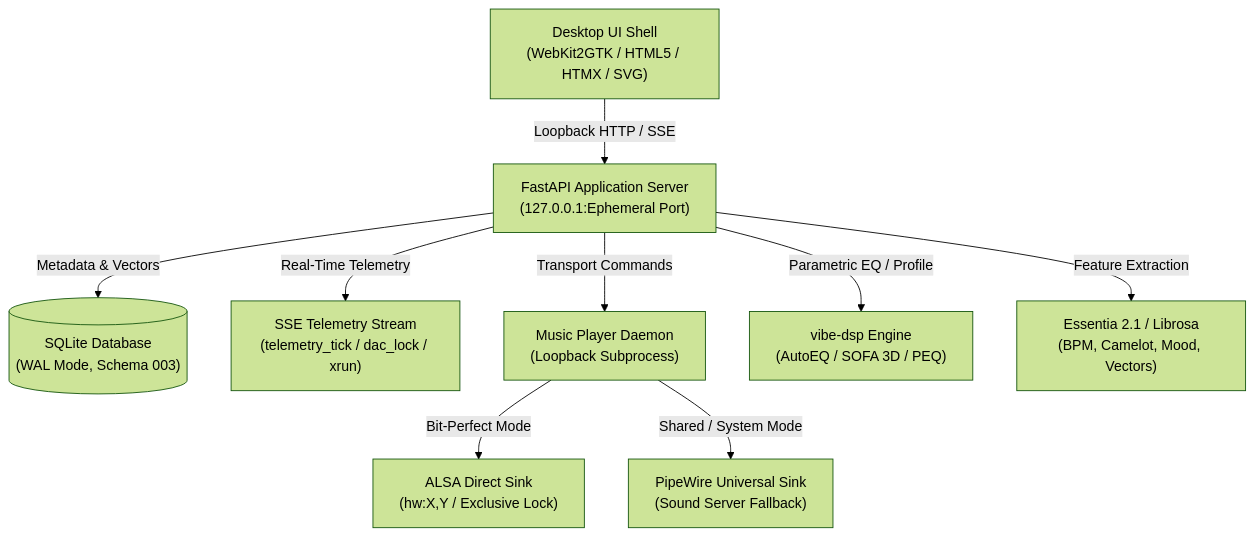
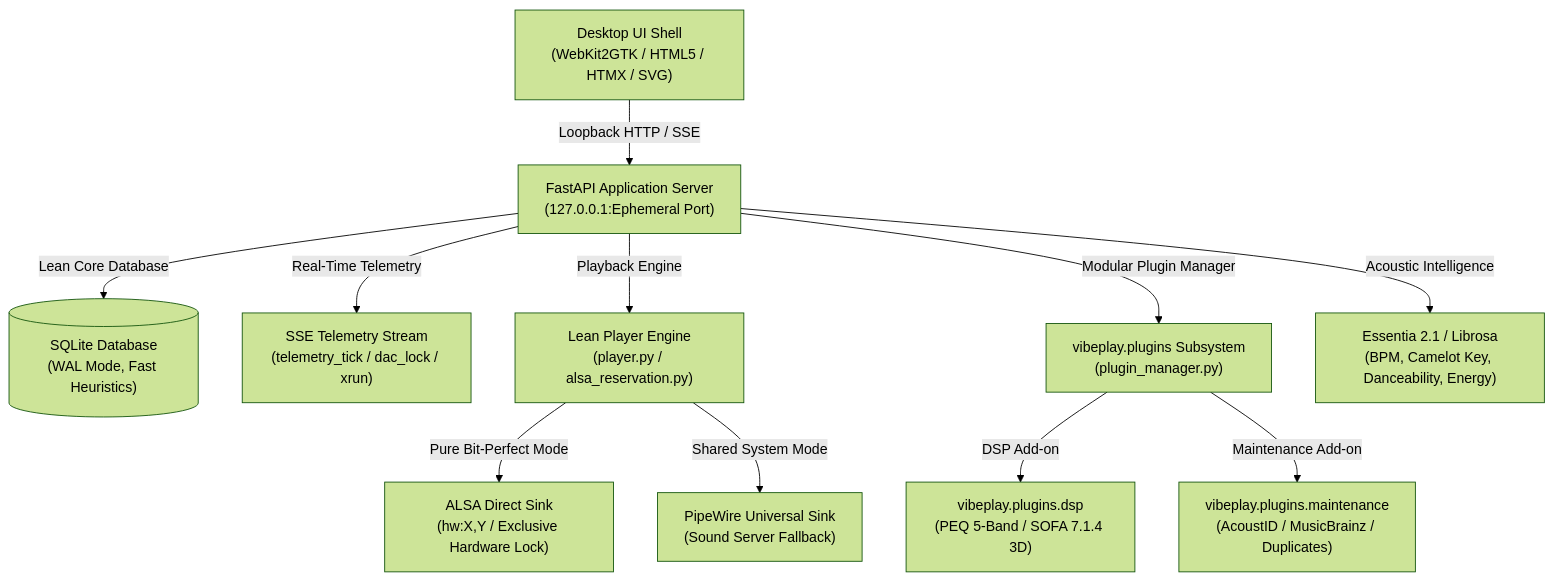
The diagram in README.md (defiqantcoder/vibeplay), drawn with Mermaid (forest theme) before and after one commit. The commit also changed other lines of this file and 2 other files, not shown here.

Commit message:
docs: update README with v0.2.0 Lo-Fi Lounge, add-on subsystem, and installation guides

````diff
--- a/README.md
+++ b/README.md
@@ -123,11 +173,13 @@
 ```mermaid
 graph TD
     UI["Desktop UI Shell<br/>(WebKit2GTK / HTML5 / HTMX / SVG)"] -->|Loopback HTTP / SSE| API["FastAPI Application Server<br/>(127.0.0.1:Ephemeral Port)"]
-    API -->|Metadata & Vectors| DB[("SQLite Database<br/>(WAL Mode, Schema 003)")]
+    API -->|Lean Core Database| DB[("SQLite Database<br/>(WAL Mode, Fast Heuristics)")]
     API -->|Real-Time Telemetry| SSE["SSE Telemetry Stream<br/>(telemetry_tick / dac_lock / xrun)"]
-    API -->|Transport Commands| MPD["Music Player Daemon<br/>(Loopback Subprocess)"]
-    MPD -->|Bit-Perfect Mode| ALSA["ALSA Direct Sink<br/>(hw:X,Y / Exclusive Lock)"]
-    MPD -->|Shared / System Mode| PW["PipeWire Universal Sink<br/>(Sound Server Fallback)"]
-    API -->|Parametric EQ / Profile| DSP["vibe-dsp Engine<br/>(AutoEQ / SOFA 3D / PEQ)"]
-    API -->|Feature Extraction| ESS["Essentia 2.1 / Librosa<br/>(BPM, Camelot, Mood, Vectors)"]
+    API -->|Playback Engine| PLY["Lean Player Engine<br/>(player.py / alsa_reservation.py)"]
+    PLY -->|Pure Bit-Perfect Mode| ALSA["ALSA Direct Sink<br/>(hw:X,Y / Exclusive Hardware Lock)"]
+    PLY -->|Shared System Mode| PW["PipeWire Universal Sink<br/>(Sound Server Fallback)"]
+    API -->|Modular Plugin Manager| PLUG["vibeplay.plugins Subsystem<br/>(plugin_manager.py)"]
+    PLUG -->|DSP Add-on| DSP["vibeplay.plugins.dsp<br/>(PEQ 5-Band / SOFA 7.1.4 3D)"]
+    PLUG -->|Maintenance Add-on| MAINT["vibeplay.plugins.maintenance<br/>(AcoustID / MusicBrainz / Duplicates)"]
+    API -->|Acoustic Intelligence| ESS["Essentia 2.1 / Librosa<br/>(BPM, Camelot Key, Danceability, Energy)"]
 ```
````
